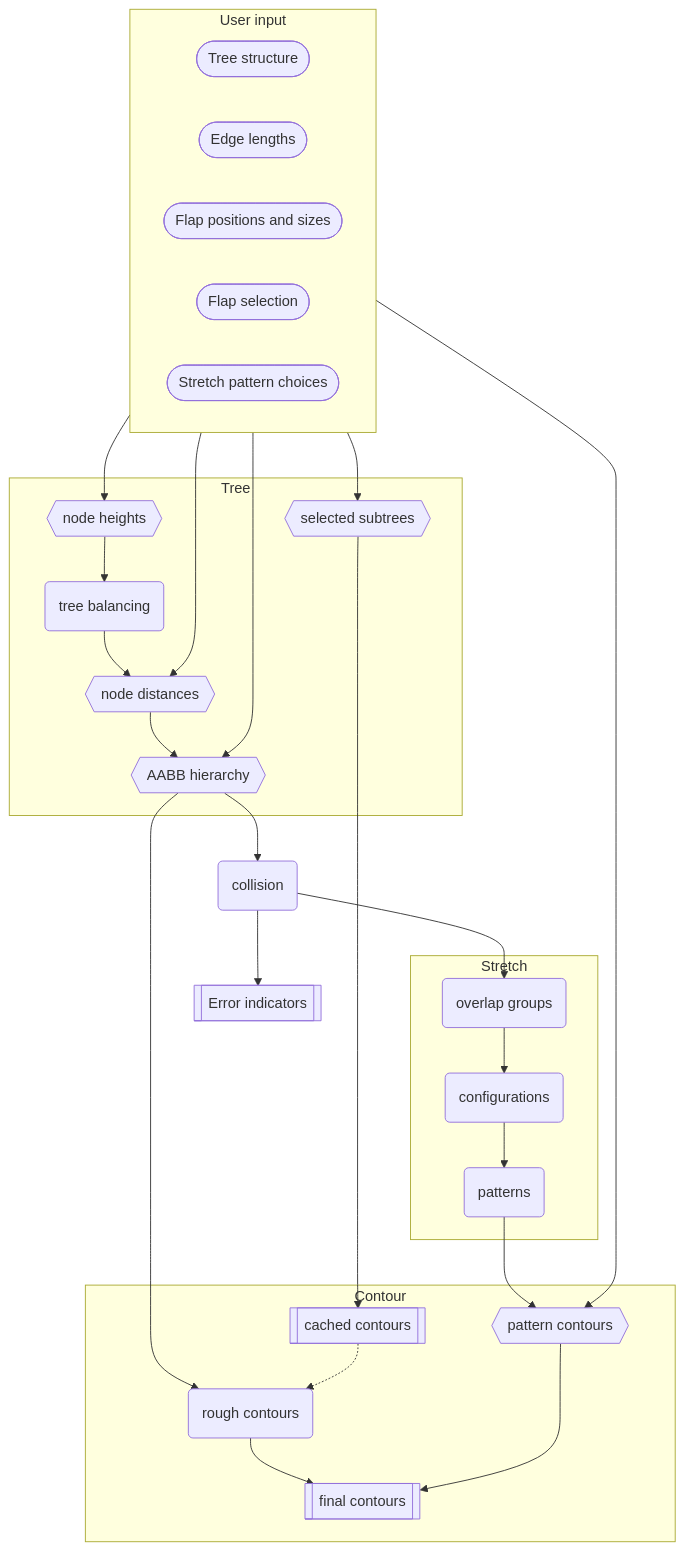
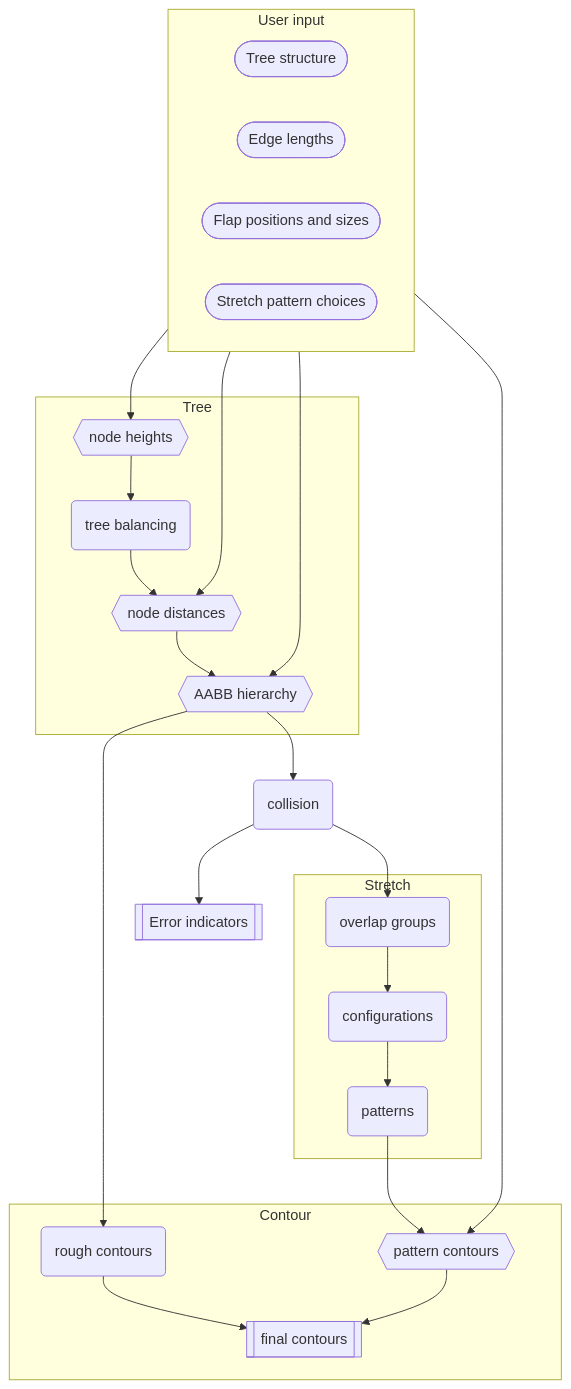
The diagram in src/core/README.md (bp-studio/box-pleating-studio), drawn with Mermaid before and after one commit. The commit also changed 3 other files, not shown here.

````diff
--- a/src/core/README.md
+++ b/src/core/README.md
@@ -16,39 +16,35 @@
 ```mermaid
 flowchart TB
 subgraph User input
 	direction LR
 	T([Tree structure])
 	L([Edge lengths])
 	F([Flap positions and sizes])
-	S([Flap selection])
 	P([Stretch pattern choices])
 end
 subgraph Tree
 	h{{node heights}}
 	b(tree balancing)
 	d{{node distances}}
 	a{{AABB hierarchy}}
-	s{{selected subtrees}}
 end
 k(collision)
 e[[Error indicators]]
 subgraph Stretch
 	g(overlap groups)
 	c(configurations)
 	p(patterns)
 end
 subgraph Contour
-	cc[[cached contours]]
 	rc(rough contours)
 	pc{{pattern contours}}
 	fc[[final contours]]
 end
 
 T --> h --> b
 b & L --> d
 d & F --> a --> rc --> fc
 a --> k --> e & g
 g --> c --> p
-S --> s ---------> cc -.-> rc
 p & P --> pc --> fc
 ```
````
